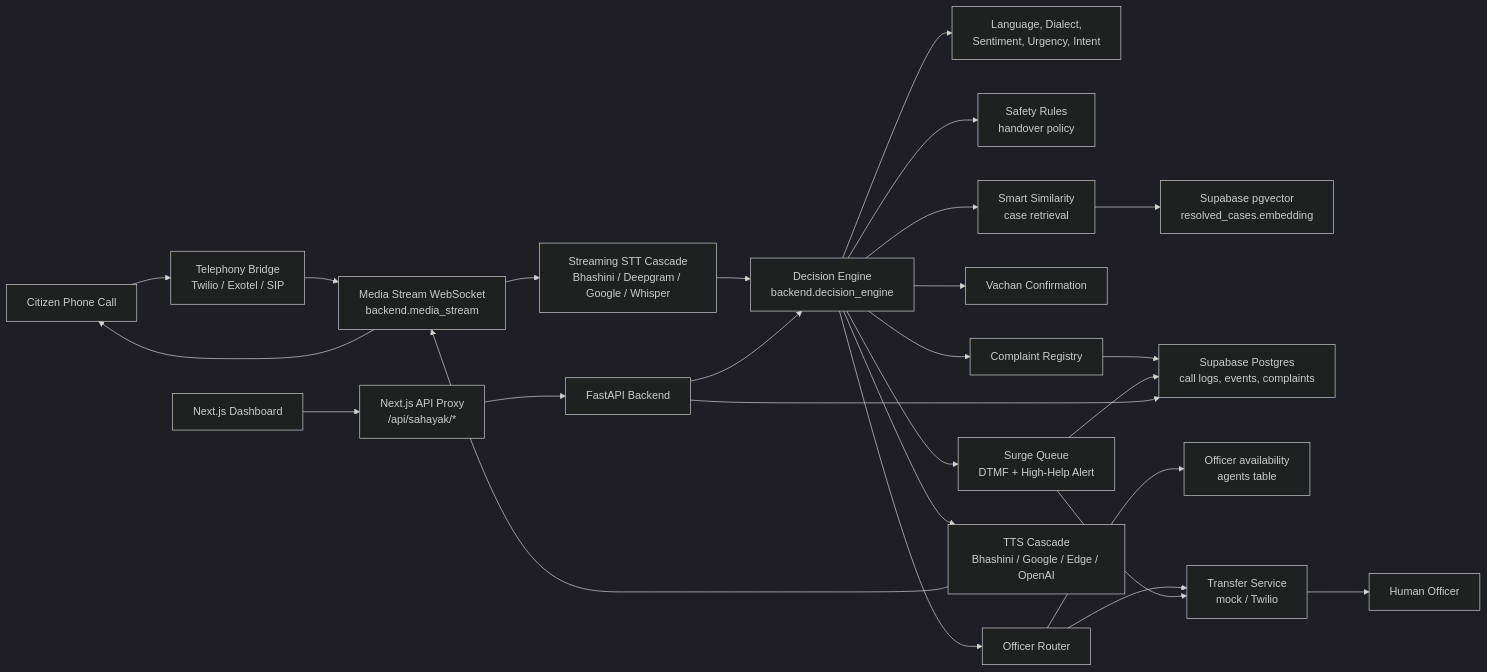
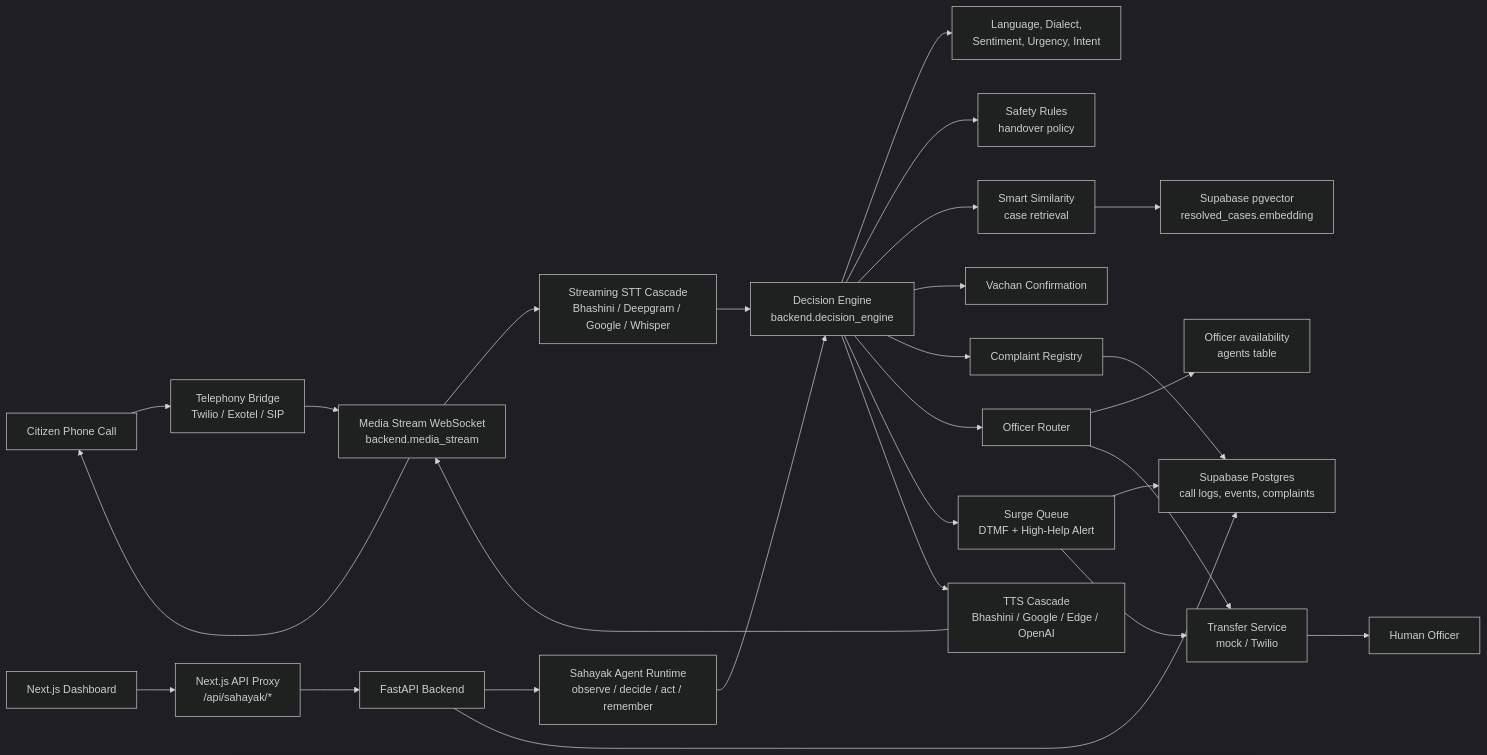
One commit to riyaz-02/Sahayak-1092 changed the second of 5 diagrams in README.md. Above: the diagram before and after it, drawn with Mermaid (dark theme). The commit also changed other lines of this file and 19 other files, not shown here.

First line of the commit message:
Add manual testing guide and remaining work strategy documents; implement tests for agent runtime

````diff
--- a/README.md
+++ b/README.md
@@ -95,34 +96,35 @@
 ```mermaid
 flowchart LR
     Citizen["Citizen Phone Call"] --> Bridge["Telephony Bridge<br/>Twilio / Exotel / SIP"]
     Bridge --> Media["Media Stream WebSocket<br/>backend.media_stream"]
 
     Media --> STT["Streaming STT Cascade<br/>Bhashini / Deepgram / Google / Whisper"]
     STT --> Engine["Decision Engine<br/>backend.decision_engine"]
 
     Engine --> Analyzer["Language, Dialect,<br/>Sentiment, Urgency, Intent"]
     Engine --> Rules["Safety Rules<br/>handover policy"]
     Engine --> Similarity["Smart Similarity<br/>case retrieval"]
     Engine --> Vachan["Vachan Confirmation"]
     Engine --> Registry["Complaint Registry"]
     Engine --> Router["Officer Router"]
     Engine --> Queue["Surge Queue<br/>DTMF + High-Help Alert"]
 
     Similarity --> VectorDB["Supabase pgvector<br/>resolved_cases.embedding"]
     Registry --> Supabase["Supabase Postgres<br/>call logs, events, complaints"]
     Queue --> Supabase
     Router --> Agents["Officer availability<br/>agents table"]
 
     Router --> Transfer["Transfer Service<br/>mock / Twilio"]
     Queue --> Transfer
     Transfer --> Officer["Human Officer"]
 
     Engine --> TTS["TTS Cascade<br/>Bhashini / Google / Edge / OpenAI"]
     TTS --> Media
     Media --> Citizen
 
     Dashboard["Next.js Dashboard"] --> Proxy["Next.js API Proxy<br/>/api/sahayak/*"]
     Proxy --> API["FastAPI Backend"]
+    API --> Agent["Sahayak Agent Runtime<br/>observe / decide / act / remember"]
+    Agent --> Engine
     API --> Supabase
-    API --> Engine
 ```
````
